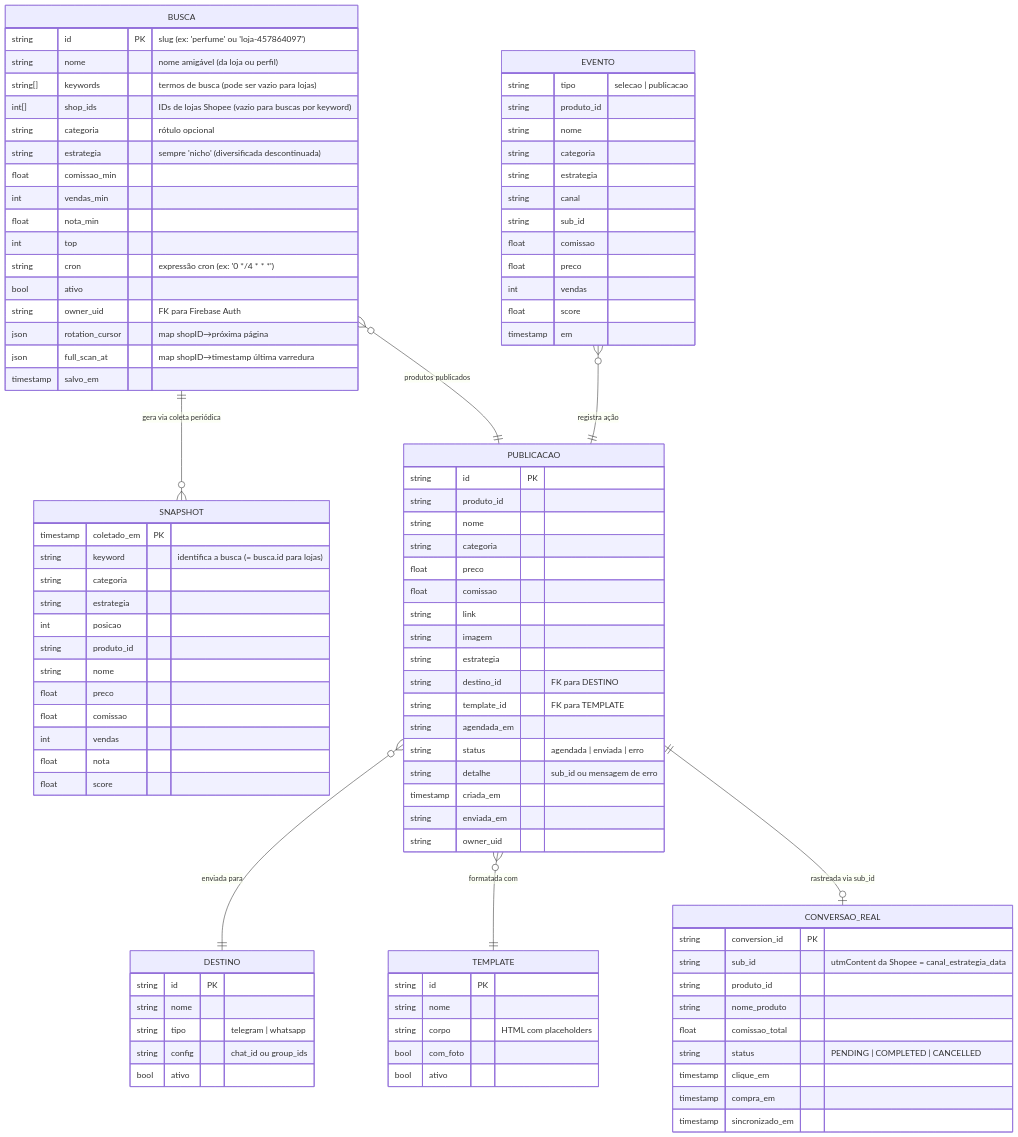
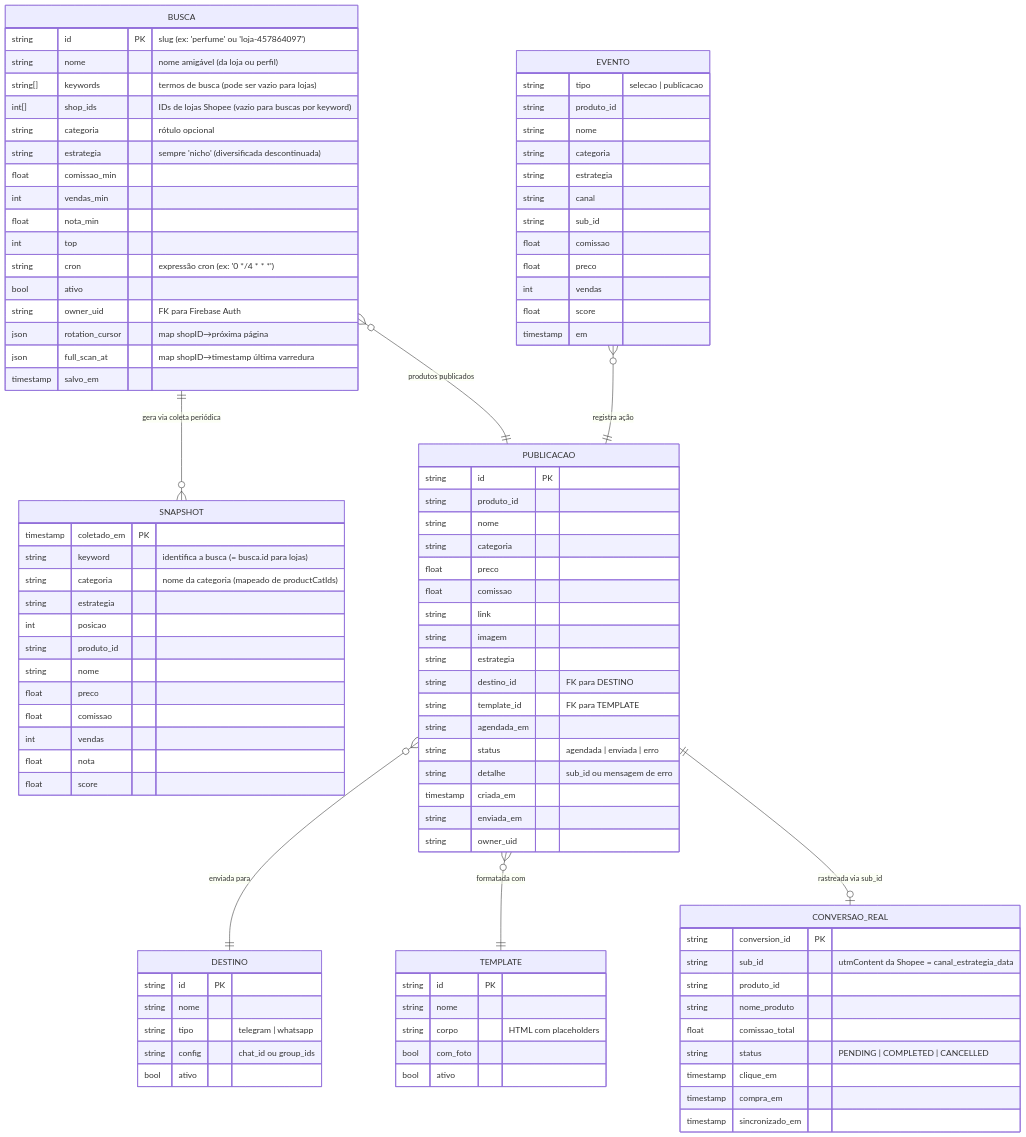
One commit to fmarquesfilho/garimpo changed the diagram in docs/ENTIDADES.md. Above: the diagram before and after it, drawn with Mermaid. The commit also changed other lines of this file and 3 other files, not shown here.

```diff
--- a/docs/ENTIDADES.md
+++ b/docs/ENTIDADES.md
@@ -28,7 +28,7 @@
     SNAPSHOT {
         timestamp coletado_em PK
         string keyword "identifica a busca (= busca.id para lojas)"
-        string categoria
+        string categoria "nome da categoria (mapeado de productCatIds)"
         string estrategia
         int posicao
         string produto_id
```
